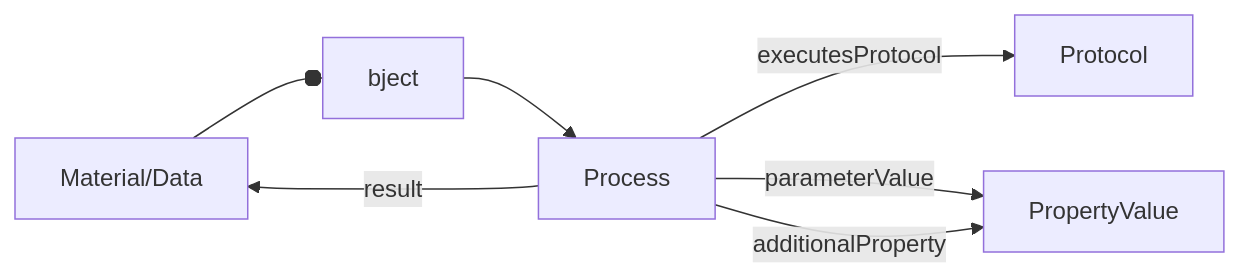
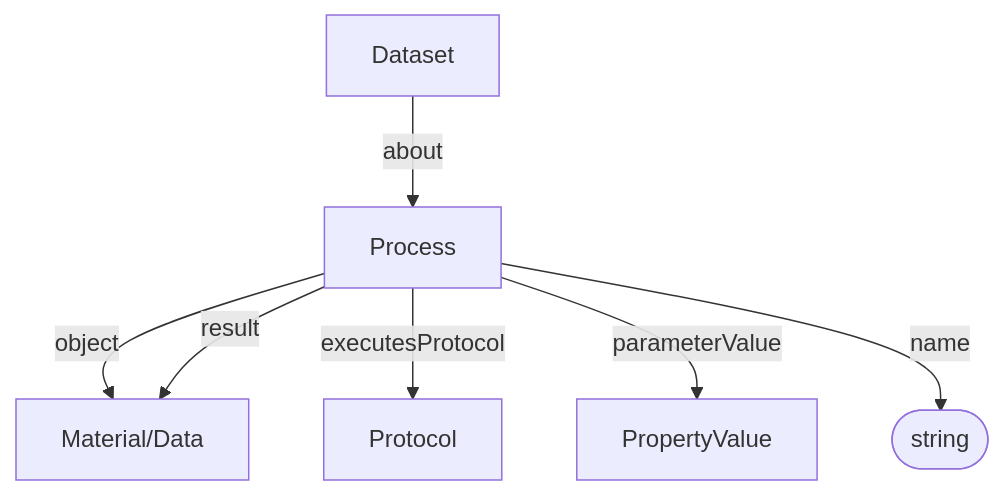
Before and after one commit to HLWeil/ProcessCore: the diagram in spec/core/Process.md, drawn with Mermaid. The commit also changed other lines of this file and 8 other files, not shown here.

````diff
--- a/spec/core/Process.md
+++ b/spec/core/Process.md
@@ -29,8 +26,12 @@
 ```mermaid
-flowchart LR
-    Material/Data --object--> Process
+flowchart TD
+
+    na@{ shape: stadium, label: "string" }
+
+    Dataset --about--> Process
+    Process --"object"--> Material/Data
     Process --result--> Material/Data
     Process --executesProtocol--> Protocol
     Process --parameterValue--> PropertyValue
-    Process --additionalProperty--> PropertyValue
+    Process --name--> na
 ```
````
